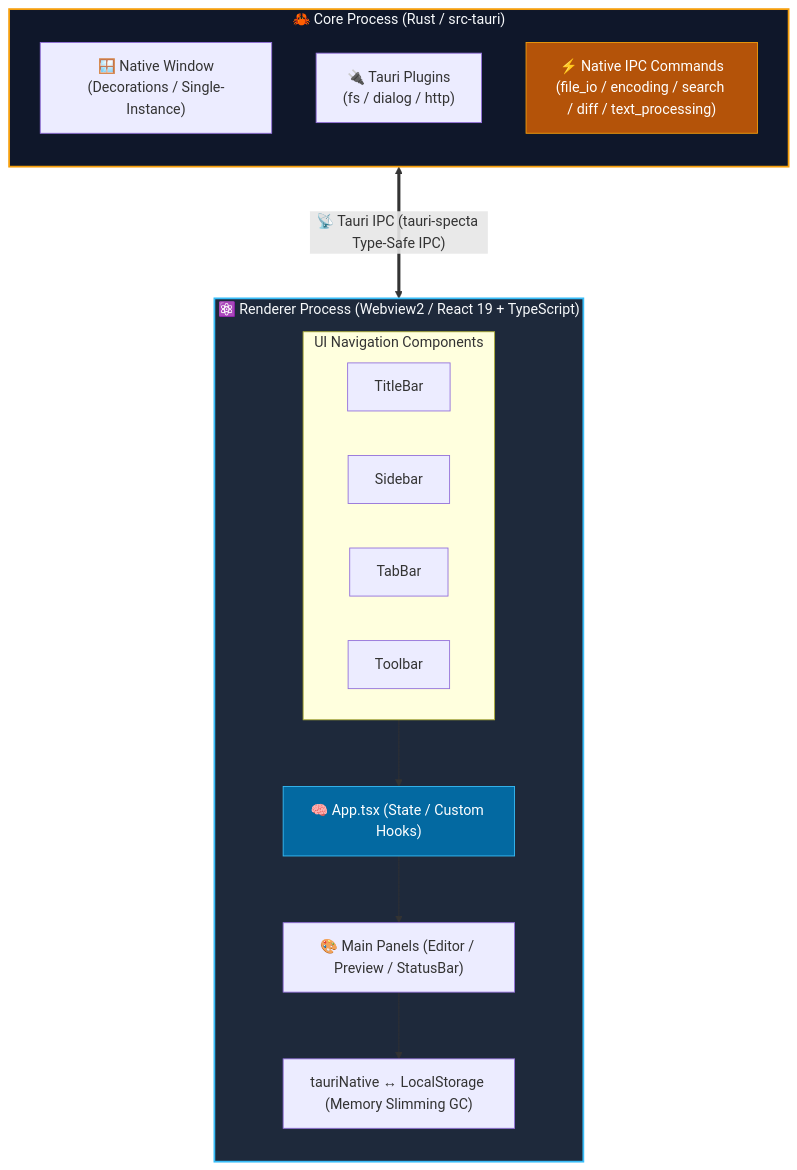
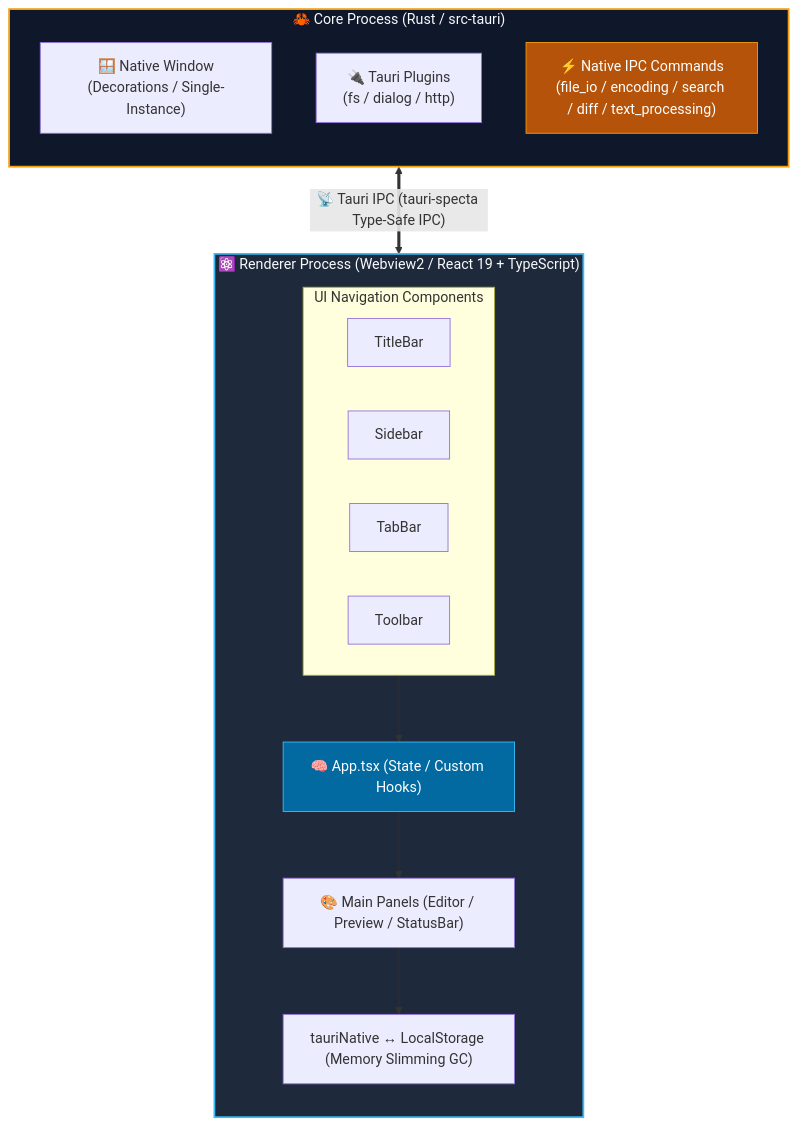
The first of 3 diagrams in docs/en/ARCHITECTURE.md (tkshnkgwr/QuMaEditor), drawn with Mermaid before and after one commit. The commit also changed other lines of this file and 51 other files, not shown here.

Commit message:
feat(v1.4.0): Markdown auto-formatting, print multi-page optimization, Mermaid auto-scaling, modular refactoring, and doc synchronization

````diff
--- a/docs/en/ARCHITECTURE.md
+++ b/docs/en/ARCHITECTURE.md
@@ -11,31 +11,31 @@
 ```mermaid
 flowchart TD
     subgraph Core["🦀 Core Process (Rust / src-tauri)"]
         direction TB
-        NativeWin["🪟 Native Window\n(Decorations / Single-Instance)"]
-        Plugins["🔌 Tauri Plugins\n(fs / dialog / http)"]
-        Commands["⚡ Native IPC Commands\n(file_io / encoding / search / diff / text_processing)"]
+        NativeWin["🪟 Native Window<br/>(Decorations / Single-Instance)"]
+        Plugins["🔌 Tauri Plugins<br/>(fs / dialog / http)"]
+        Commands["⚡ Native IPC Commands<br/>(file_io / encoding / search / diff / text_processing)"]
     end
 
-    Core <===>|"📡 Tauri IPC (tauri-specta Type-Safe IPC)"| Renderer
+    Core <==>|"📡 Tauri IPC (tauri-specta Type-Safe IPC)"| Renderer
 
     subgraph Renderer["⚛️ Renderer Process (Webview2 / React 19 + TypeScript)"]
         direction TB
         subgraph TopBar["UI Navigation Components"]
             TitleBar["TitleBar"]
             Sidebar["Sidebar"]
             TabBar["TabBar"]
             Toolbar["Toolbar"]
         end
 
         TopBar --> AppState["🧠 App.tsx (State / Custom Hooks)"]
 
         AppState --> Panels["🎨 Main Panels (Editor / Preview / StatusBar)"]
         Panels --> NativeBridge["tauriNative ↔ LocalStorage (Memory Slimming GC)"]
     end
 
     style Core fill:#0f172a,stroke:#f59e0b,stroke-width:2px,color:#f8fafc
     style Renderer fill:#1e293b,stroke:#38bdf8,stroke-width:2px,color:#f8fafc
     style AppState fill:#0369a1,stroke:#38bdf8,color:#ffffff
     style Commands fill:#b45309,stroke:#f59e0b,color:#ffffff
 ```
````
